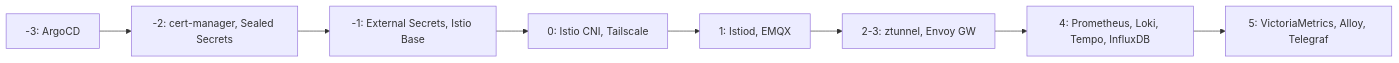
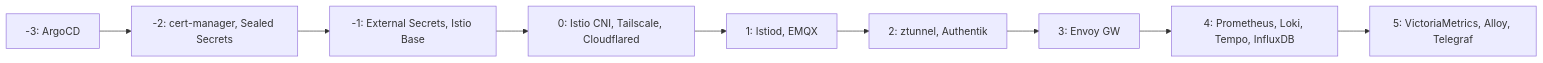
One commit to tomasz-wostal-eu/cd-homelab changed the fifth of 8 diagrams in README.md. Above: the diagram before and after it, drawn with Mermaid. The commit also changed other lines of this file and 1 other file, not shown here.

````diff
--- a/README.md
+++ b/README.md
@@ -161,10 +171,11 @@
 ```mermaid
 flowchart LR
     A["-3: ArgoCD"] --> B["-2: cert-manager, Sealed Secrets"]
     B --> C["-1: External Secrets, Istio Base"]
-    C --> D["0: Istio CNI, Tailscale"]
+    C --> D["0: Istio CNI, Tailscale, Cloudflared"]
     D --> E["1: Istiod, EMQX"]
-    E --> F["2-3: ztunnel, Envoy GW"]
-    F --> G["4: Prometheus, Loki, Tempo, InfluxDB"]
-    G --> H["5: VictoriaMetrics, Alloy, Telegraf"]
+    E --> F["2: ztunnel, Authentik"]
+    F --> G["3: Envoy GW"]
+    G --> H["4: Prometheus, Loki, Tempo, InfluxDB"]
+    H --> I["5: VictoriaMetrics, Alloy, Telegraf"]
 ```
````
